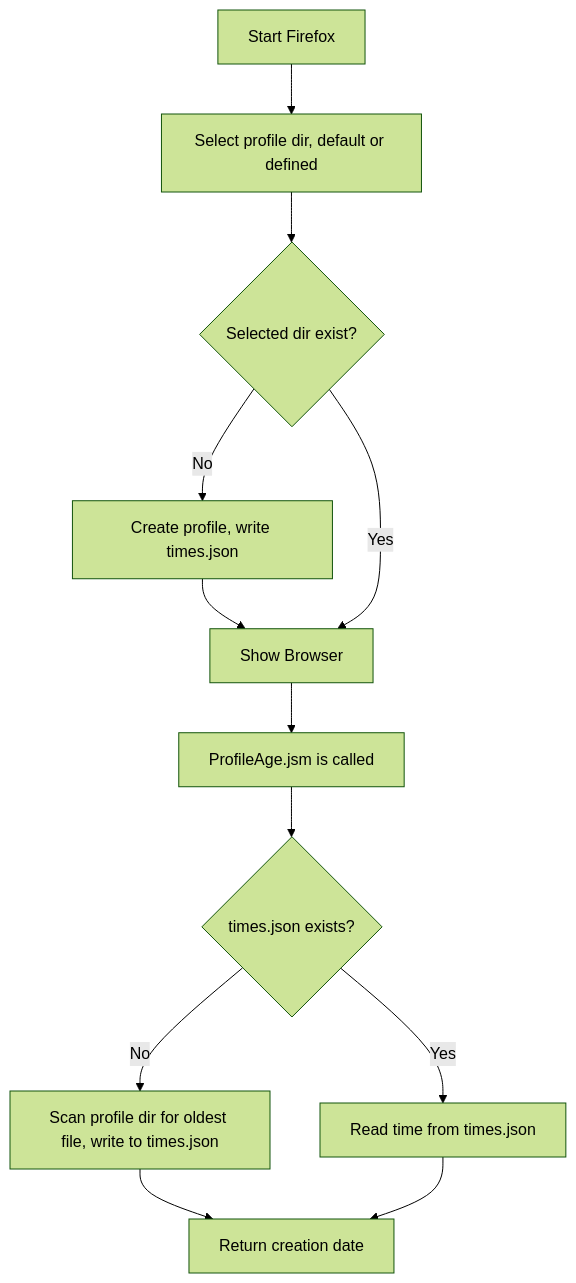
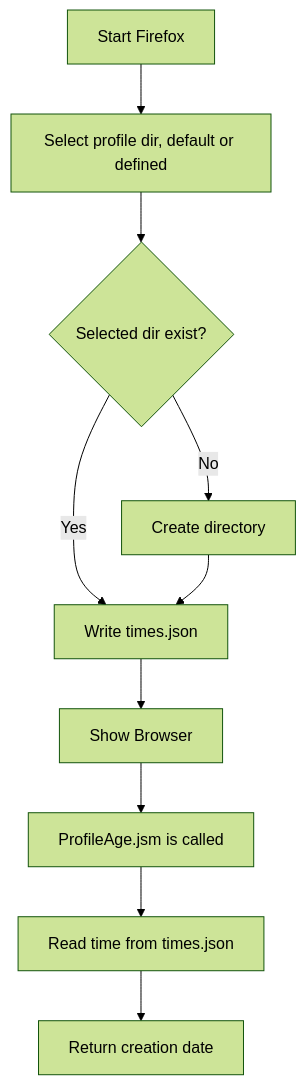
The first of 2 diagrams in concepts/profile/profile_creation.md (mozilla/data-docs), drawn with Mermaid (forest theme) before and after one commit. The commit also changed other lines of this file, not shown here.

````diff
--- a/concepts/profile/profile_creation.md
+++ b/concepts/profile/profile_creation.md
@@ -47,14 +73,12 @@
 ```mermaid
 graph TD
-A[Start Firefox] -->E[Select profile dir, default or defined]
-E --> H{Selected dir exist?}
-H --> |No| K[Create profile, write times.json]
-K --> F[Show Browser]
-H --> |Yes| F
-F --> O[ProfileAge.jsm is called]
-O --> R{times.json exists?}
-R -->|Yes| Q[Read time from times.json]
-R -->|No| L[Scan profile dir for oldest file, write to times.json]
-L --> S
-Q --> S[Return creation date]
+A[Start Firefox] -->B[Select profile dir, default or defined]
+B --> C{Selected dir exist?}
+C --> |No| D[Create directory]
+C --> |Yes| E[Write times.json]
+D --> E
+E --> F[Show Browser]
+F --> G[ProfileAge.jsm is called]
+G --> J[Read time from times.json]
+J --> S[Return creation date]
 ```
````
